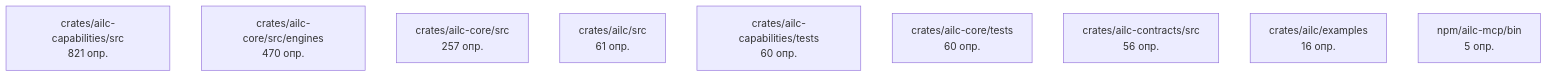
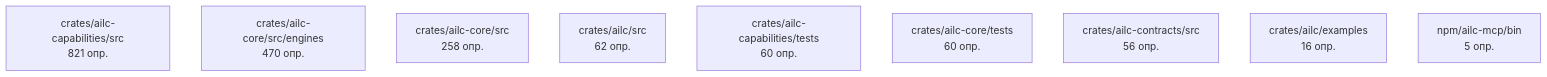
One commit to pro-deploy/ailc changed the second of 3 diagrams in docs/C4.md. Above: the diagram before and after it, drawn with Mermaid. The commit also changed other lines of this file and 11 other files, not shown here.

````diff
--- a/docs/C4.md
+++ b/docs/C4.md
@@ -21,12 +21,12 @@
 ```mermaid
 flowchart TD
   crates_ailc_capabilities_src["crates/ailc-capabilities/src<br/>821 опр."]
   crates_ailc_core_src_engines["crates/ailc-core/src/engines<br/>470 опр."]
-  crates_ailc_core_src["crates/ailc-core/src<br/>257 опр."]
-  crates_ailc_src["crates/ailc/src<br/>61 опр."]
+  crates_ailc_core_src["crates/ailc-core/src<br/>258 опр."]
+  crates_ailc_src["crates/ailc/src<br/>62 опр."]
   crates_ailc_capabilities_tests["crates/ailc-capabilities/tests<br/>60 опр."]
   crates_ailc_core_tests["crates/ailc-core/tests<br/>60 опр."]
   crates_ailc_contracts_src["crates/ailc-contracts/src<br/>56 опр."]
   crates_ailc_examples["crates/ailc/examples<br/>16 опр."]
   npm_ailc_mcp_bin["npm/ailc-mcp/bin<br/>5 опр."]
 ```
````
